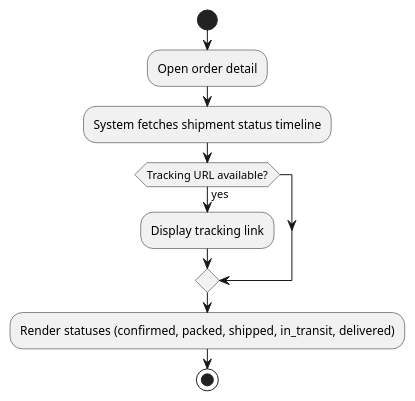
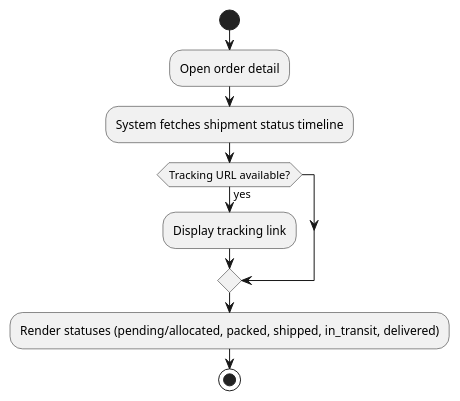
Before and after one commit to dieuxuanhien/SeShop: diagram 17 of 27 in docs/10.SRS/SESHOP SRS.md, drawn with PlantUML. The commit also changed other lines of this file and 23 other files, not shown here.

````diff
--- a/docs/10.SRS/SESHOP SRS.md
+++ b/docs/10.SRS/SESHOP SRS.md
@@ -802,12 +801,12 @@
 ```plantuml
 @startuml
 start
 :Open order detail;
 :System fetches shipment status timeline;
 if (Tracking URL available?) then (yes)
   :Display tracking link;
 endif
-:Render statuses (confirmed, packed, shipped, in_transit, delivered);
+:Render statuses (pending/allocated, packed, shipped, in_transit, delivered);
 stop
 @enduml
 ```
````
